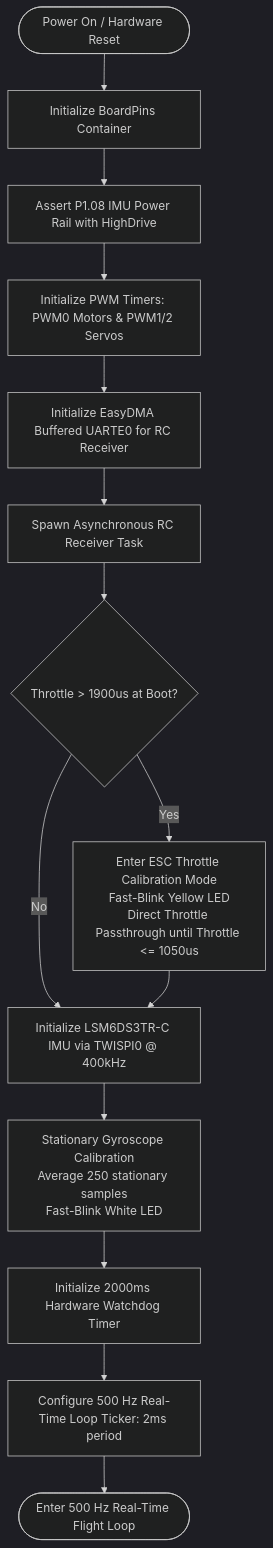
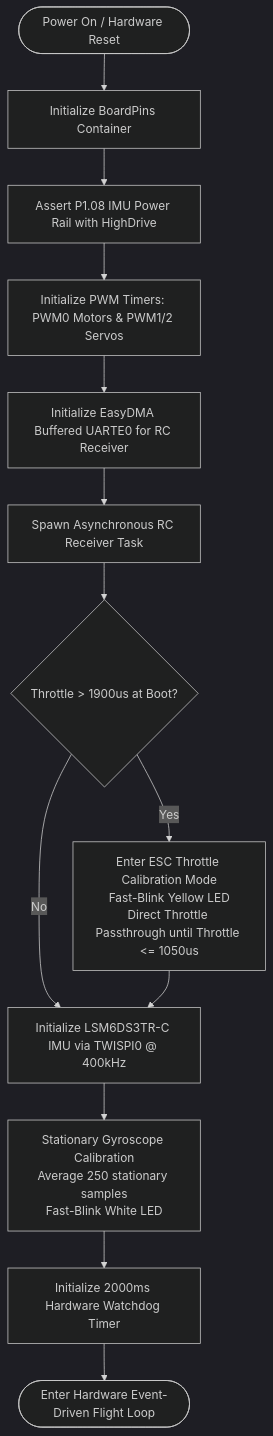
The first of 5 diagrams in docs/FLOWCHARTS.md (ferrox-rc/wingfc-rs), drawn with Mermaid (dark theme) before and after one commit. The commit also changed other lines of this file and 13 other files, not shown here.

Commit message:
feat(flight-loop): Implement IMU INT1 DRDY event pacing, dynamic DT, and selectable loop rates

````diff
--- a/docs/FLOWCHARTS.md
+++ b/docs/FLOWCHARTS.md
@@ -9,19 +9,18 @@
 ```mermaid
 flowchart TD
     Start([Power On / Hardware Reset]) --> Pins[Initialize BoardPins Container]
     Pins --> PwrIMU[Assert P1.08 IMU Power Rail with HighDrive]
     PwrIMU --> Actuators[Initialize PWM Timers: PWM0 Motors & PWM1/2 Servos]
     Actuators --> UART[Initialize EasyDMA Buffered UARTE0 for RC Receiver]
     UART --> SpawnRx[Spawn Asynchronous RC Receiver Task]
     
     SpawnRx --> CheckCalib{Throttle > 1900us at Boot?}
     CheckCalib -- Yes --> ESCCalib[Enter ESC Throttle Calibration Mode<br/>Fast-Blink Yellow LED<br/>Direct Throttle Passthrough until Throttle <= 1050us]
     CheckCalib -- No --> IMUInit[Initialize LSM6DS3TR-C IMU via TWISPI0 @ 400kHz]
     
     ESCCalib --> IMUInit
     IMUInit --> GyroCalib[Stationary Gyroscope Calibration<br/>Average 250 stationary samples<br/>Fast-Blink White LED]
     
     GyroCalib --> Watchdog[Initialize 2000ms Hardware Watchdog Timer]
-    Watchdog --> TickerInit[Configure 500 Hz Real-Time Loop Ticker: 2ms period]
-    TickerInit --> Ready([Enter 500 Hz Real-Time Flight Loop])
+    Watchdog --> Ready([Enter Hardware Event-Driven Flight Loop])
 ```
````
